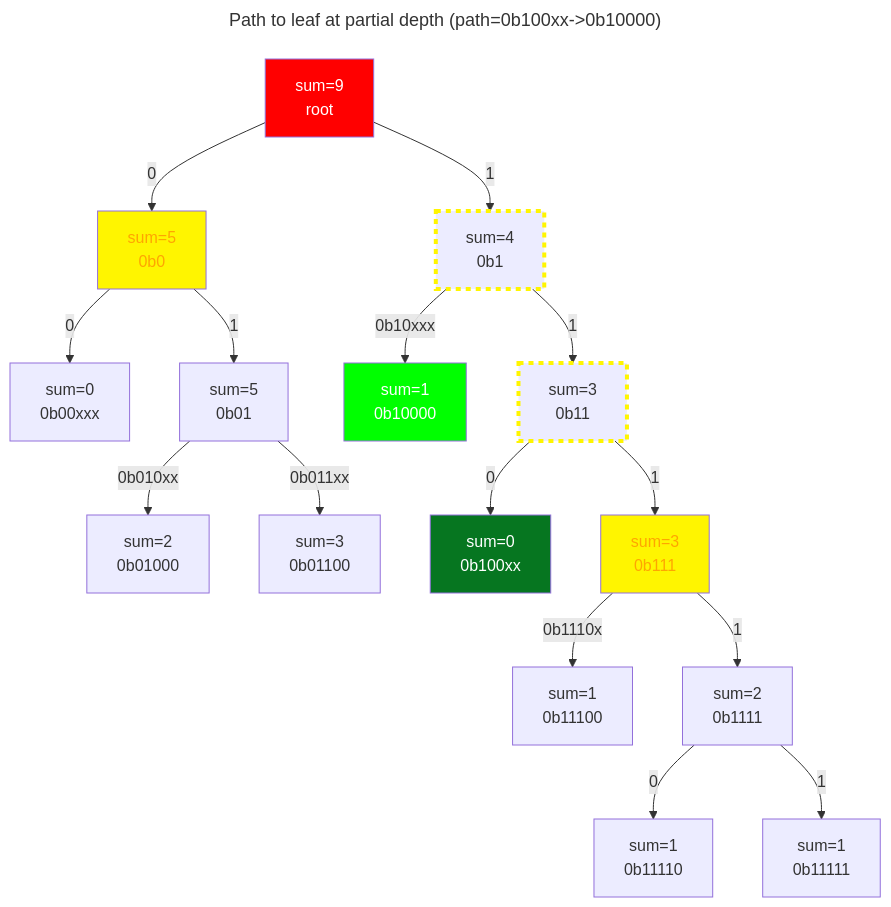
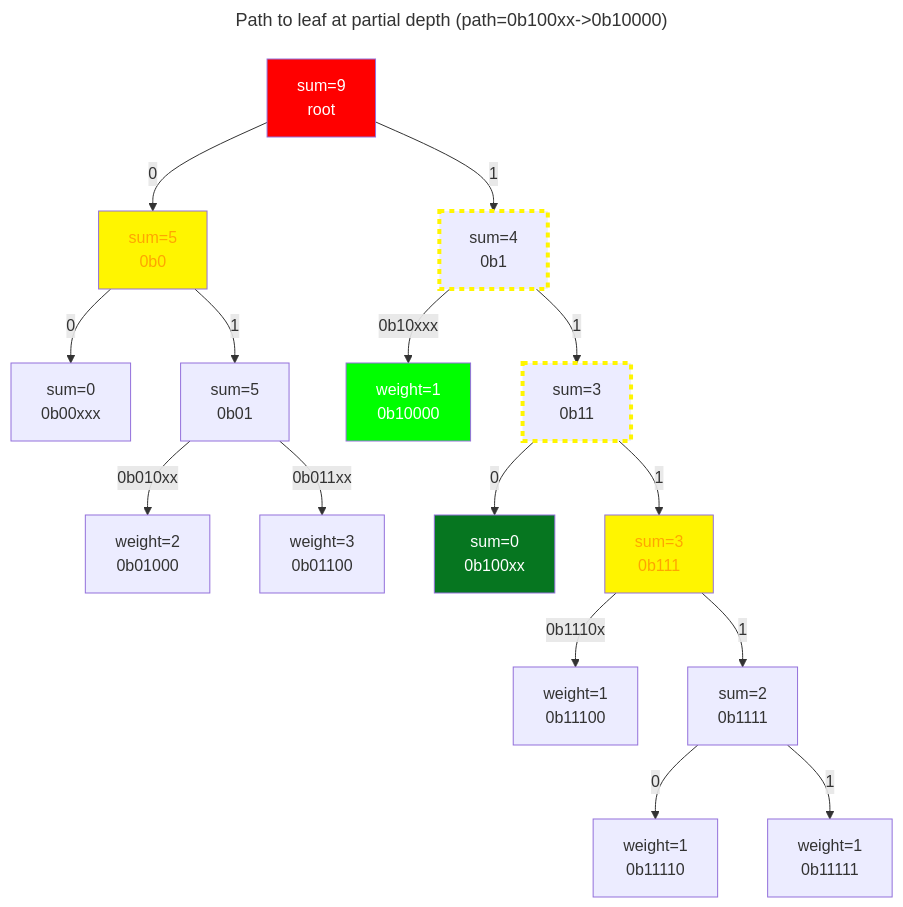
One commit to pokt-network/poktroll changed the seventh of 8 diagrams in docusaurus/docs/protocol/claim_and_proof_lifecycle.md. Above: the diagram before and after it, drawn with Mermaid. The commit also changed other lines of this file and 3 other files, not shown here.

````diff
--- a/docusaurus/docs/protocol/claim_and_proof_lifecycle.md
+++ b/docusaurus/docs/protocol/claim_and_proof_lifecycle.md
@@ -420,46 +426,45 @@
 ```mermaid
 ---
 title: Path to leaf at partial depth (path=0b100xx->0b10000)
 ---
 graph TB
-    %% Define a class for red nodes
     classDef redNode fill:#ff0000, color:#ffffff;
     classDef greenNode fill:#00ff00, color:#ffffff;
     classDef greenNodeDark fill:#067620, color:#ffffff;
     classDef blueNode fill:#0000ff, color:#ffffff;
     classDef yellowNode fill:#fff500, color:#ffa500
     classDef yellowBorderNode stroke:#fff500, stroke-width:4px, stroke-dasharray: 5 5
 
     %% Define root node
     R[sum=9<br>root]
 
     %% Height = 1
     R -- 0 --> N1[sum=5<br>0b0]
     R -- 1 --> N2[sum=4<br>0b1]
 
     %% Height = 2
     N1 -- 0 --> E1[sum=0<br>0b00xxx]
     N1 -- 1 --> N3[sum=5<br>0b01]
-    N2 -- 0b10xxx --> L1[sum=1<br>0b10000]
+    N2 -- 0b10xxx --> L1[weight=1<br>0b10000]
     N2 -- 1 --> N4[sum=3<br>0b11]
 
     %% Height = 3
-    N3 -- 0b010xx --> L2[sum=2<br>0b01000]
-    N3 -- 0b011xx --> L3[sum=3<br>0b01100]
+    N3 -- 0b010xx --> L2[weight=2<br>0b01000]
+    N3 -- 0b011xx --> L3[weight=3<br>0b01100]
     N4 -- 0 --> E2[sum=0<br>0b100xx]
     N4 -- 1 --> N5[sum=3<br>0b111]
 
     %% Height = 4
-    N5 -- 0b1110x --> L4[sum=1<br>0b11100]
+    N5 -- 0b1110x --> L4[weight=1<br>0b11100]
     N5 -- 1 --> N6[sum=2<br>0b1111]
 
     %% Height = 5
-    N6 -- 0 --> L5[sum=1<br>0b11110]
-    N6 -- 1 --> L6[sum=1<br>0b11111]
+    N6 -- 0 --> L5[weight=1<br>0b11110]
+    N6 -- 1 --> L6[weight=1<br>0b11111]
 
     class R redNode;
     class N1,N5 yellowNode;
     class N4,N2 yellowBorderNode;
     class E2,L1 greenNode;
     class E2 greenNodeDark;
 ```
````
